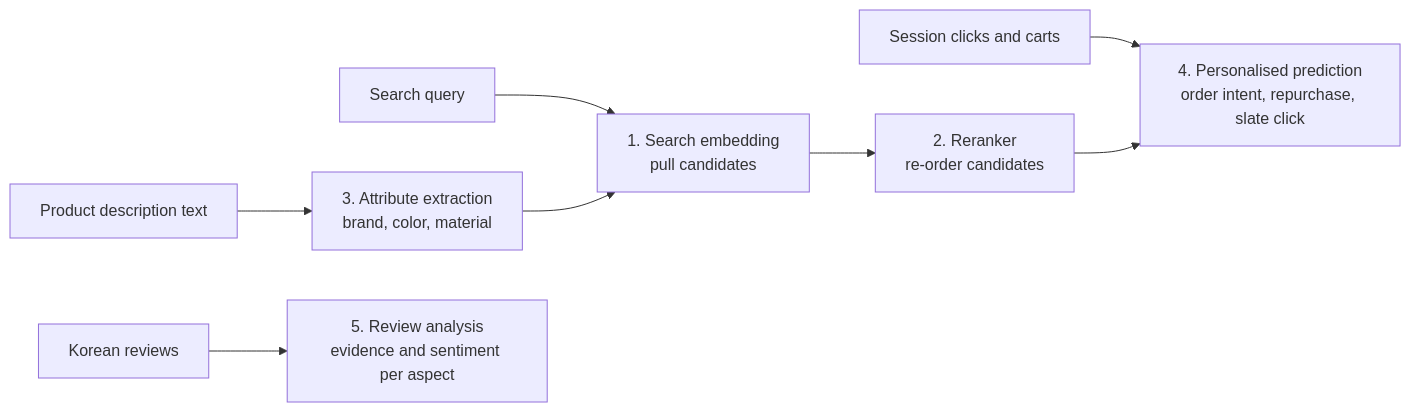
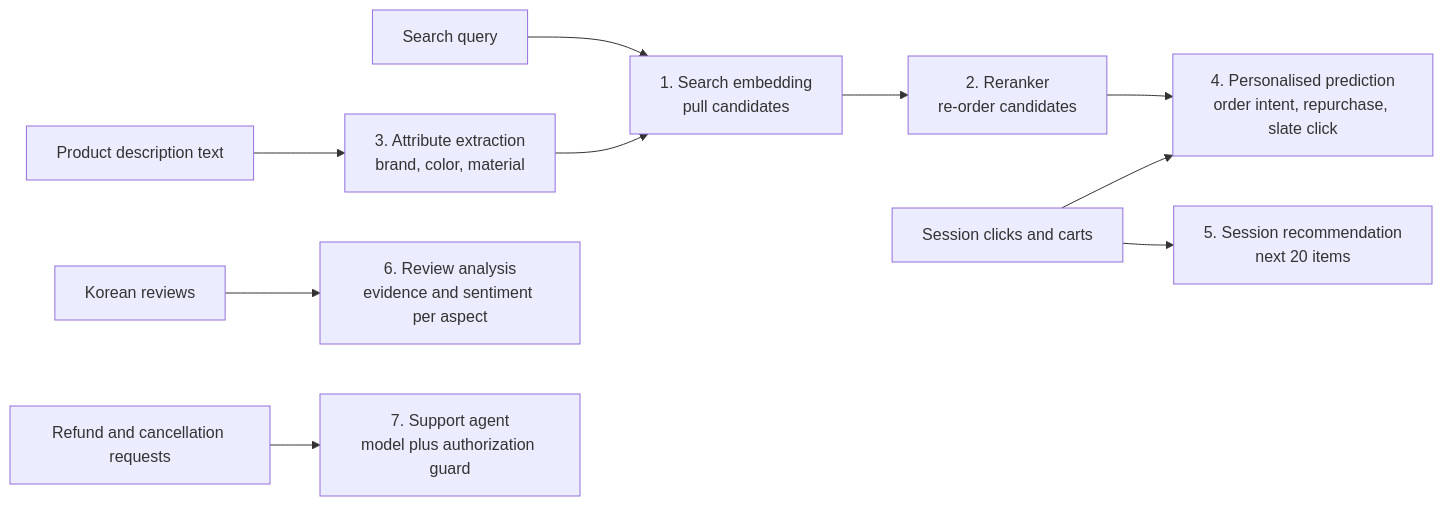
The diagram in _posts/en/owm/2026-10-24-commerce-model-family-open.md (ThakiCloud/thakicloud.github.io), drawn with Mermaid before and after one commit. The commit also changed other lines of this file and 5 other files, not shown here.

````diff
--- a/_posts/en/owm/2026-10-24-commerce-model-family-open.md
+++ b/_posts/en/owm/2026-10-24-commerce-model-family-open.md
@@ -46,10 +49,12 @@
 ```mermaid
 flowchart LR
     Q[Search query] --> S[1. Search embedding<br/>pull candidates]
     S --> R[2. Reranker<br/>re-order candidates]
     C[Product description text] --> A[3. Attribute extraction<br/>brand, color, material]
     A --> S
     E[Session clicks and carts] --> P[4. Personalised prediction<br/>order intent, repurchase, slate click]
     R --> P
-    V[Korean reviews] --> RV[5. Review analysis<br/>evidence and sentiment per aspect]
+    E --> SR[5. Session recommendation<br/>next 20 items]
+    V[Korean reviews] --> RV[6. Review analysis<br/>evidence and sentiment per aspect]
+    CS[Refund and cancellation requests] --> AG[7. Support agent<br/>model plus authorization guard]
 ```
````
